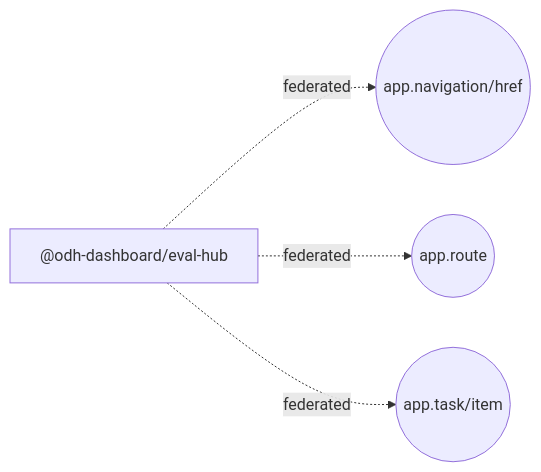
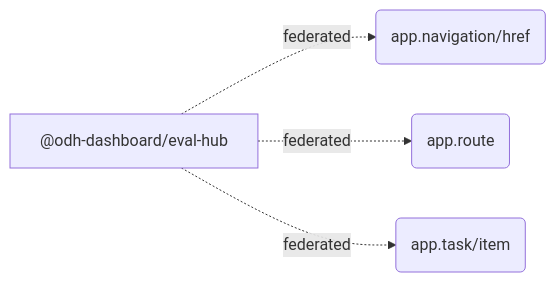
Before and after one commit to mturley/odh-dashboard: the diagram in packages/eval-hub/docs/extensions.md, drawn with Mermaid. The commit also changed 24 other files, not shown here.

````diff
--- a/packages/eval-hub/docs/extensions.md
+++ b/packages/eval-hub/docs/extensions.md
@@ -15,10 +15,10 @@
 ```mermaid
 flowchart LR
   pkg_n__odh_dashboard_eval_hub_b5b956["@odh-dashboard/eval-hub"]
-  point_n_app_navigation_href_67179c(("app.navigation/href"))
+  point_n_app_navigation_href_67179c("app.navigation/href")
   pkg_n__odh_dashboard_eval_hub_b5b956 -. "federated" .-> point_n_app_navigation_href_67179c
-  point_n_app_route_2735df(("app.route"))
+  point_n_app_route_2735df("app.route")
   pkg_n__odh_dashboard_eval_hub_b5b956 -. "federated" .-> point_n_app_route_2735df
-  point_n_app_task_item_001b33(("app.task/item"))
+  point_n_app_task_item_001b33("app.task/item")
   pkg_n__odh_dashboard_eval_hub_b5b956 -. "federated" .-> point_n_app_task_item_001b33
 ```
````
